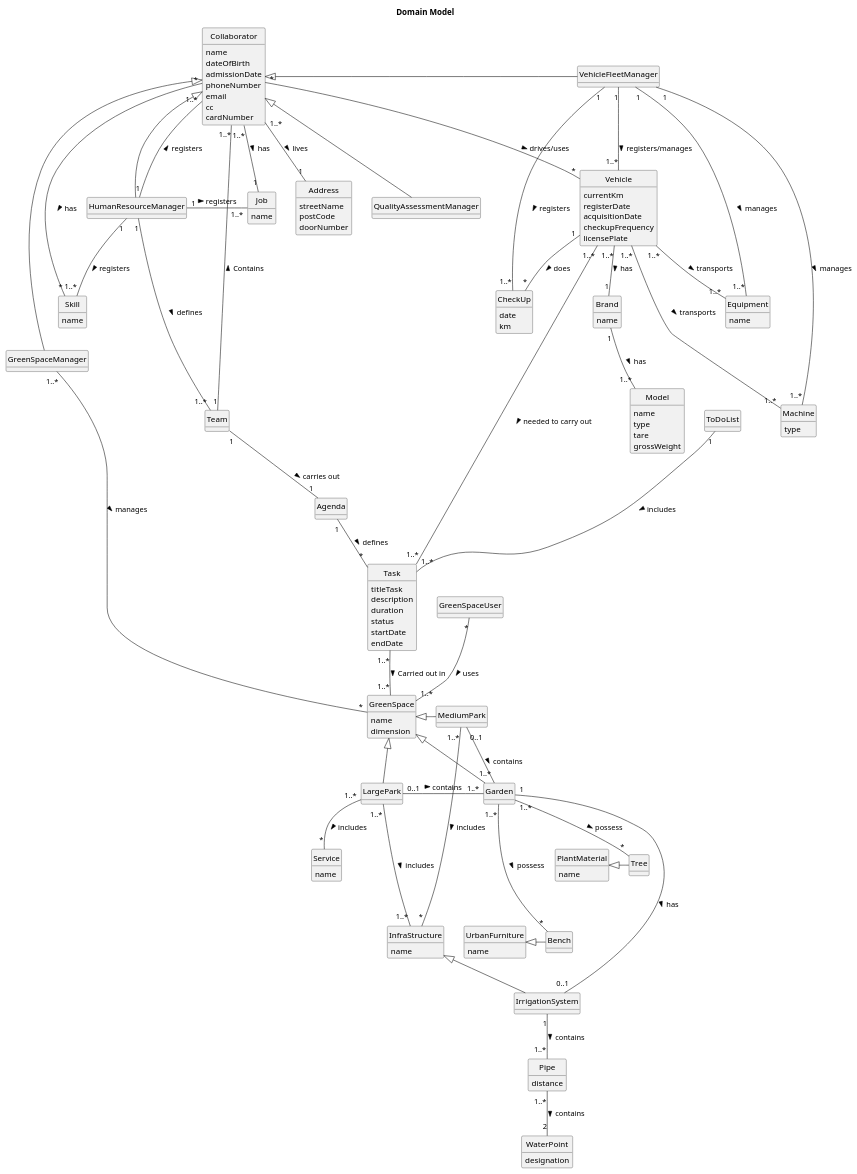
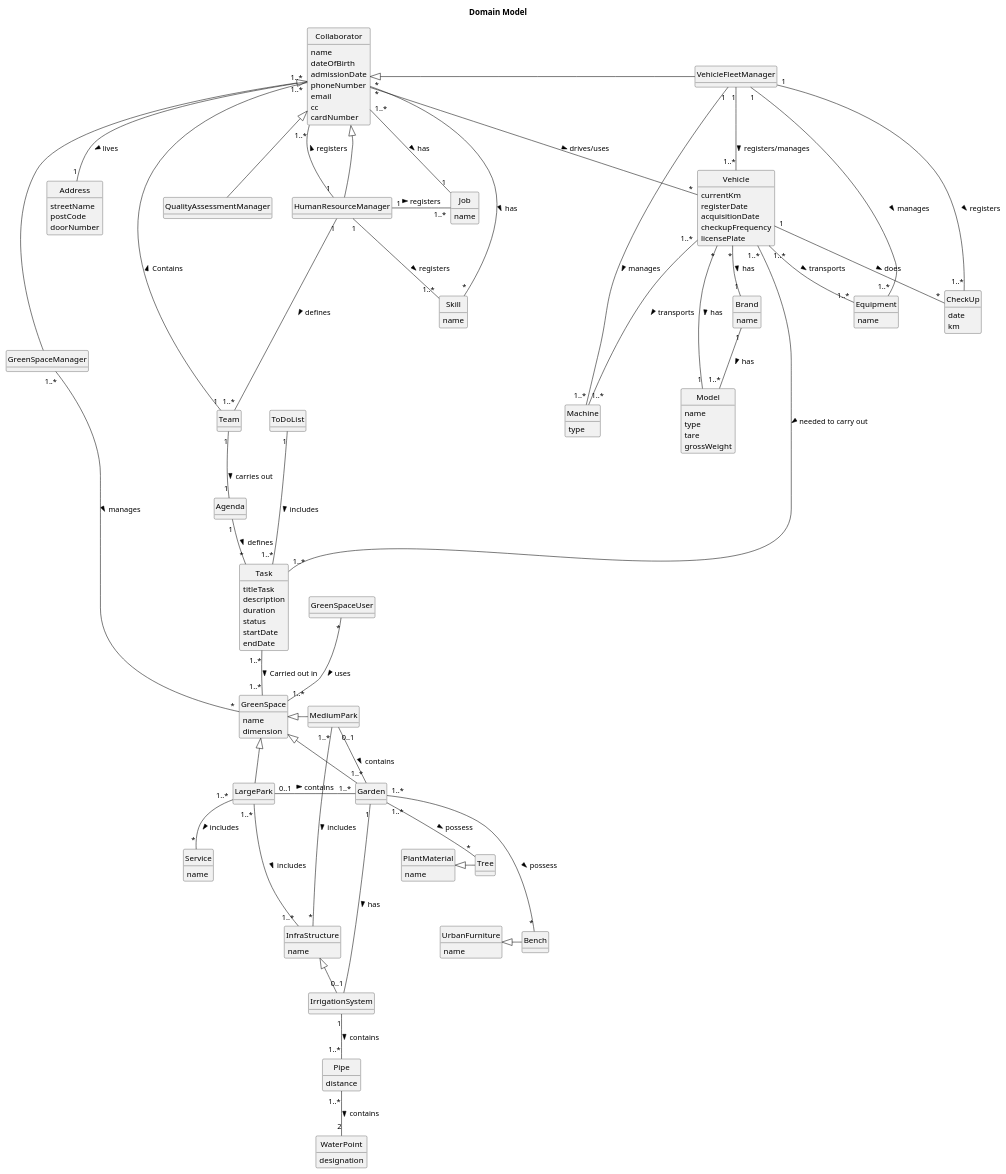
The diagram in docs/sprint2/global-artifacts/02.analysis/puml/project-domain-model.puml (Departamento-de-Engenharia-Informatica/lei-24-s2-1db-g022), drawn with PlantUML before and after one commit.

Commit message:
Retification Model Diagram

```diff
--- a/docs/sprint2/global-artifacts/02.analysis/puml/project-domain-model.puml
+++ b/docs/sprint2/global-artifacts/02.analysis/puml/project-domain-model.puml
@@ -146,6 +146,7 @@
 Vehicle "1..*" - "1..*" Task :  needed to carry out >
 Vehicle "1..*" --- "1..*" Machine :  transports >
 Vehicle "1..*" -- "1..*" Equipment :  transports >
+Vehicle "*" -- "1" Model :  has >
 
 'Adicionar no glossario o ToDoList
 ToDoList "1" --- "1..*" Task : includes >
@@ -171,7 +172,7 @@
 
 Collaborator "1..*" -- "1" Address : lives >
 
-Vehicle "1..*" -- "1" Brand : has >
+Vehicle "*" -- "1" Brand : has >
 Brand "1" -- "1..*" Model : has >
 
 GreenSpace <|- MediumPark
```
